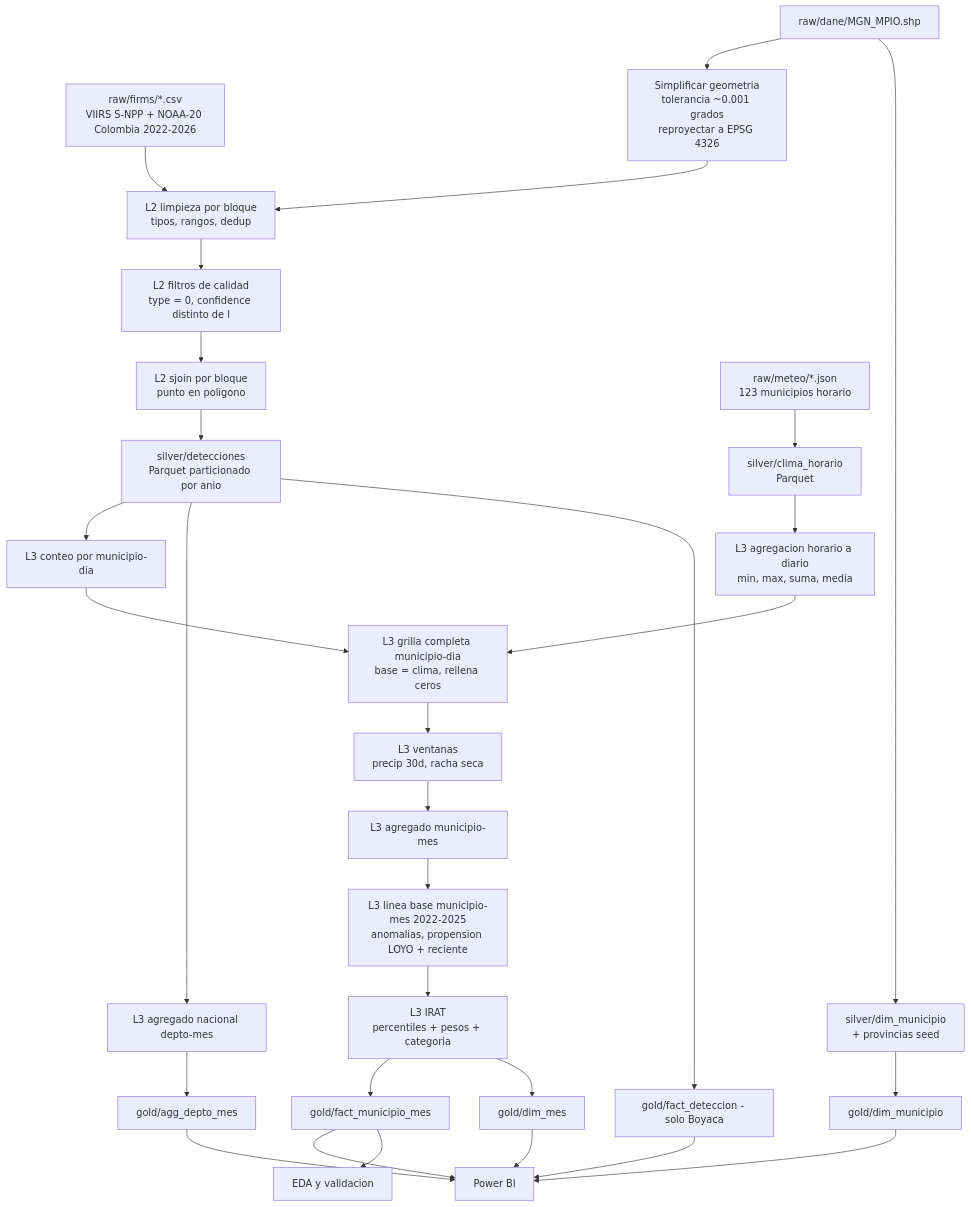
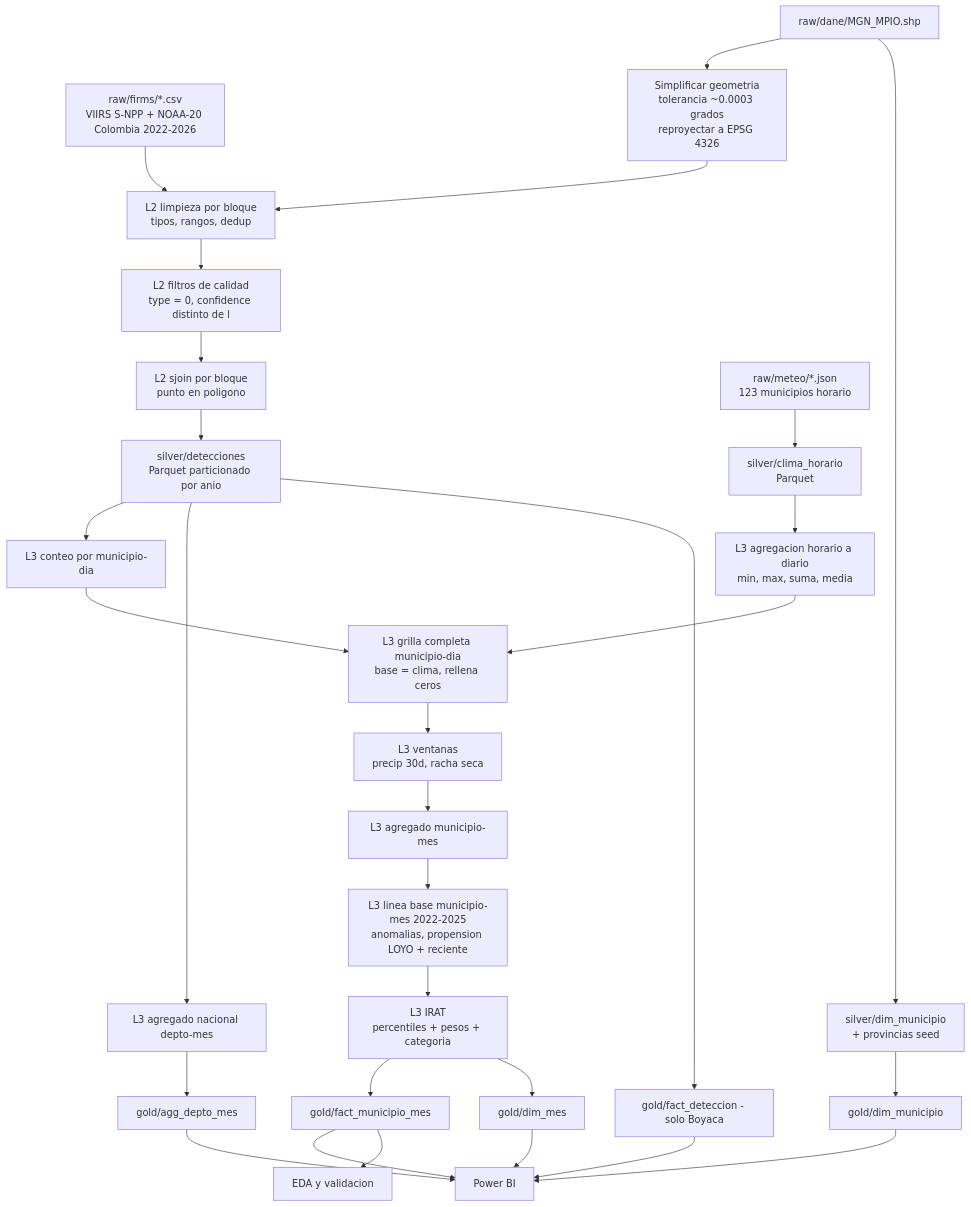
The third of 4 diagrams in docs/arquitectura.md (xulianing/firewatch-boyaca), drawn with Mermaid before and after one commit. The commit also changed other lines of this file and 5 other files, not shown here.

````diff
--- a/docs/arquitectura.md
+++ b/docs/arquitectura.md
@@ -156,36 +156,36 @@
 ```mermaid
 flowchart TD
     A1["raw/firms/*.csv<br/>VIIRS S-NPP + NOAA-20 Colombia 2022-2026"] --> B1
-    A2["raw/dane/MGN_MPIO.shp"] --> B0["Simplificar geometria<br/>tolerancia ~0.001 grados<br/>reproyectar a EPSG 4326"]
+    A2["raw/dane/MGN_MPIO.shp"] --> B0["Simplificar geometria<br/>tolerancia ~0.0003 grados<br/>reproyectar a EPSG 4326"]
     B0 --> B1["L2 limpieza por bloque<br/>tipos, rangos, dedup"]
     B1 --> B2["L2 filtros de calidad<br/>type = 0, confidence distinto de l"]
     B2 --> B3["L2 sjoin por bloque<br/>punto en poligono"]
     B3 --> C1["silver/detecciones<br/>Parquet particionado por anio"]
 
     A3["raw/meteo/*.json<br/>123 municipios horario"] --> C2["silver/clima_horario<br/>Parquet"]
     A2 --> C3["silver/dim_municipio<br/>+ provincias seed"]
 
     C1 --> D1["L3 conteo por municipio-dia"]
     D2["L3 grilla completa municipio-dia<br/>base = clima, rellena ceros"]
     C2 --> D0["L3 agregacion horario a diario<br/>min, max, suma, media"]
     D0 --> D2
     D1 --> D2
     D2 --> D3["L3 ventanas<br/>precip 30d, racha seca"]
     D3 --> D4["L3 agregado municipio-mes"]
     D4 --> D5["L3 linea base municipio-mes 2022-2025<br/>anomalias, propension LOYO + reciente"]
     D5 --> D6["L3 IRAT<br/>percentiles + pesos + categoria"]
     C1 --> D7["L3 agregado nacional depto-mes"]
 
     D6 --> G1["gold/fact_municipio_mes"]
     C1 --> G2["gold/fact_deteccion - solo Boyaca"]
     C3 --> G3["gold/dim_municipio"]
     D6 --> G4["gold/dim_mes"]
     D7 --> G5["gold/agg_depto_mes"]
 
     G1 --> PBI["Power BI"]
     G2 --> PBI
     G3 --> PBI
     G4 --> PBI
     G5 --> PBI
     G1 --> EDA["EDA y validacion"]
 ```
````
